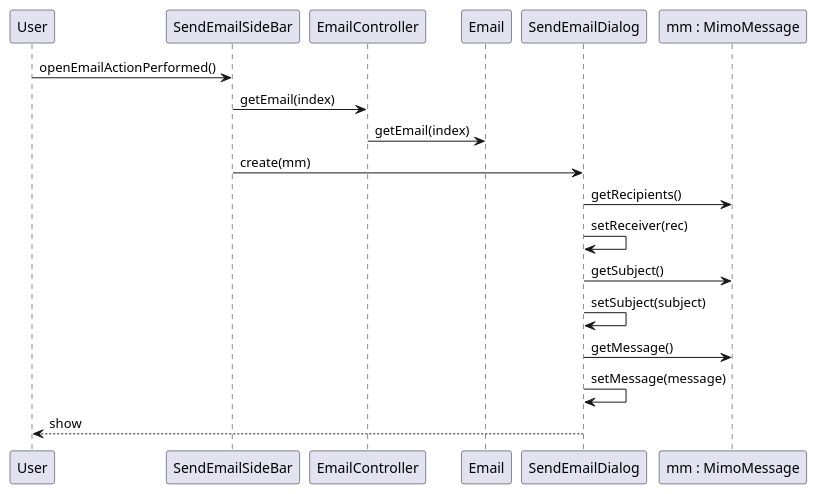
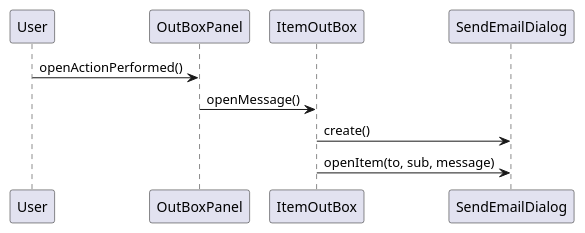
Before and after one commit to 1130348/Confusao: the diagram in src/csheets/userstories/core05_02/send_Email/i130419/open_outbox_sequence_diagram.puml, drawn with PlantUML. The commit also changed 1 other file, not shown here.

```diff
--- a/src/csheets/userstories/core05_02/send_Email/i130419/open_outbox_sequence_diagram.puml
+++ b/src/csheets/userstories/core05_02/send_Email/i130419/open_outbox_sequence_diagram.puml
@@ -1,19 +1,10 @@
 @startuml doc-files/open_outbox_sequence_diagram.png
 participant User as usr
-participant "SendEmailSideBar" as sesb
-participant "EmailController" as emc
-participant "Email" as em
+participant "OutBoxPanel" as obp
+participant "ItemOutBox" as iob
 participant "SendEmailDialog" as sed
-participant "mm : MimoMessage" as mm
-usr -> sesb : openEmailActionPerformed()
-sesb -> emc : getEmail(index)
-emc -> em : getEmail(index)
-sesb -> sed : create(mm)
-sed -> mm : getRecipients()
-sed -> sed : setReceiver(rec)
-sed -> mm : getSubject()
-sed -> sed : setSubject(subject)
-sed -> mm : getMessage()
-sed -> sed : setMessage(message)
-sed --> usr : show
+usr -> obp : openActionPerformed()
+obp -> iob : openMessage()
+iob -> sed : create()
+iob -> sed : openItem(to, sub, message)
 @enduml
```
